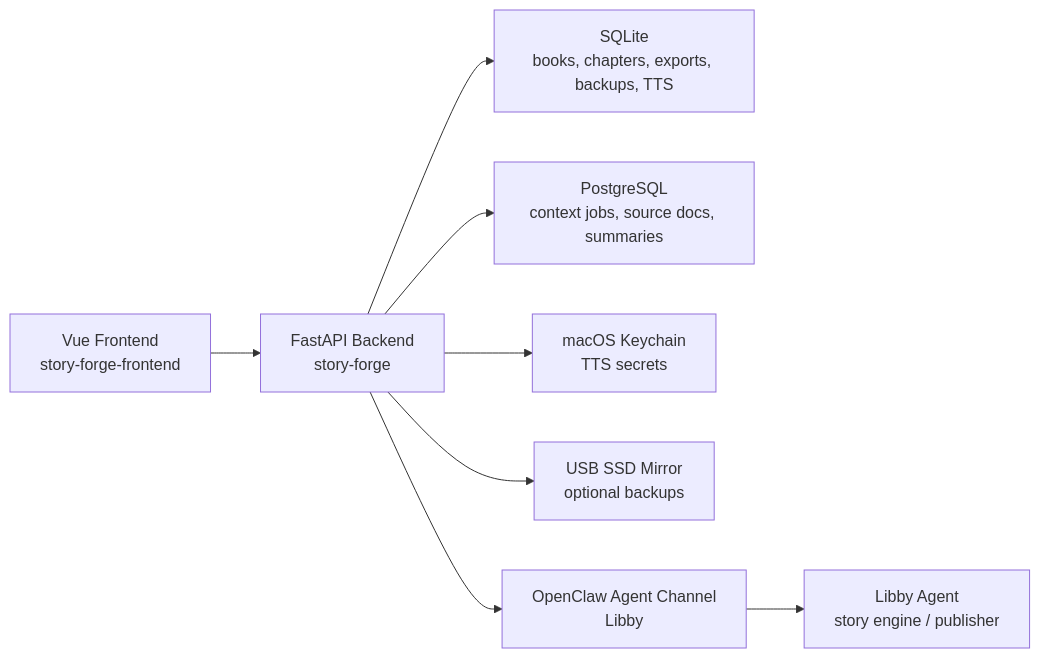
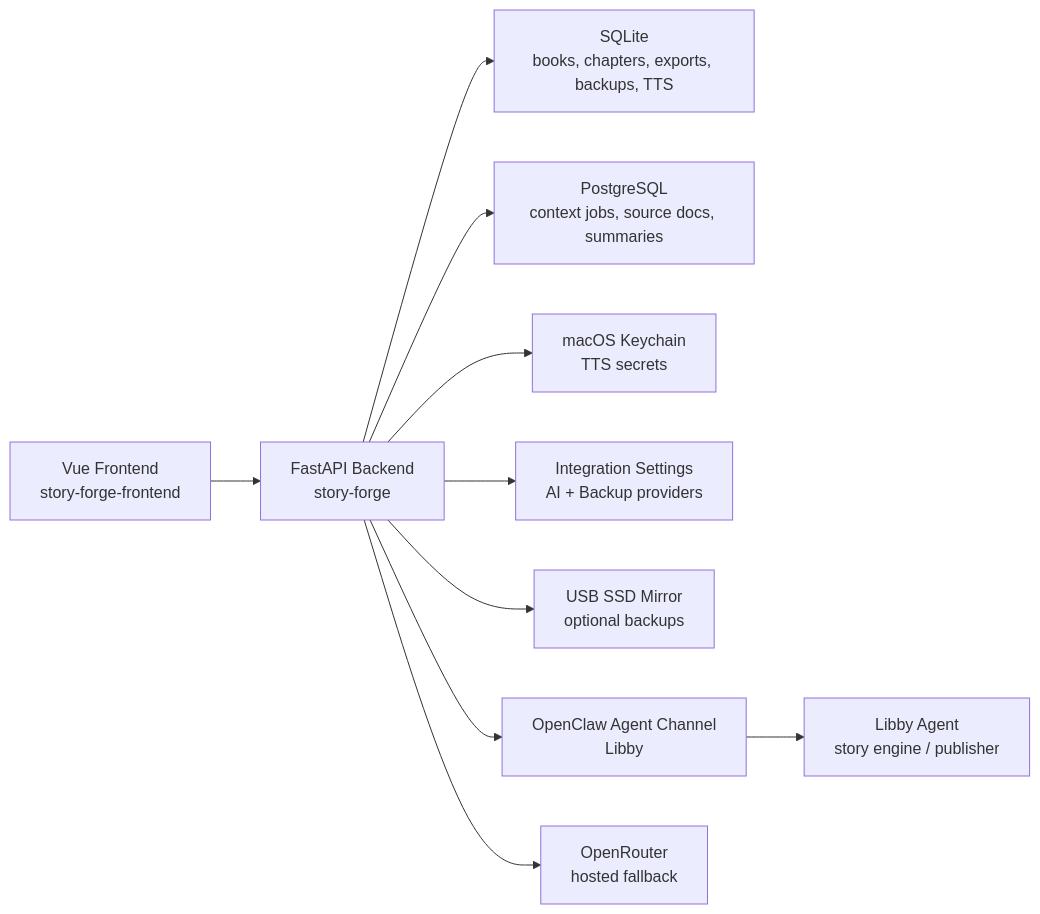
The first of 4 diagrams in README.md (gptkiosk/story-forge), drawn with Mermaid before and after one commit. The commit also changed other lines of this file and 9 other files, not shown here.

Commit message:
Add configurable AI and backup integrations

````diff
--- a/README.md
+++ b/README.md
@@ -28,10 +29,12 @@
 ```mermaid
 flowchart LR
     UI["Vue Frontend<br/>story-forge-frontend"] --> API["FastAPI Backend<br/>story-forge"]
     API --> SQLITE["SQLite<br/>books, chapters, exports, backups, TTS"]
     API --> PG["PostgreSQL<br/>context jobs, source docs, summaries"]
     API --> KEYCHAIN["macOS Keychain<br/>TTS secrets"]
+    API --> INTEGRATIONS["Integration Settings<br/>AI + Backup providers"]
     API --> USB["USB SSD Mirror<br/>optional backups"]
     API --> OPENCLAW["OpenClaw Agent Channel<br/>Libby"]
+    API --> OPENROUTER["OpenRouter<br/>hosted fallback"]
     OPENCLAW --> LIBBY["Libby Agent<br/>story engine / publisher"]
 ```
````
